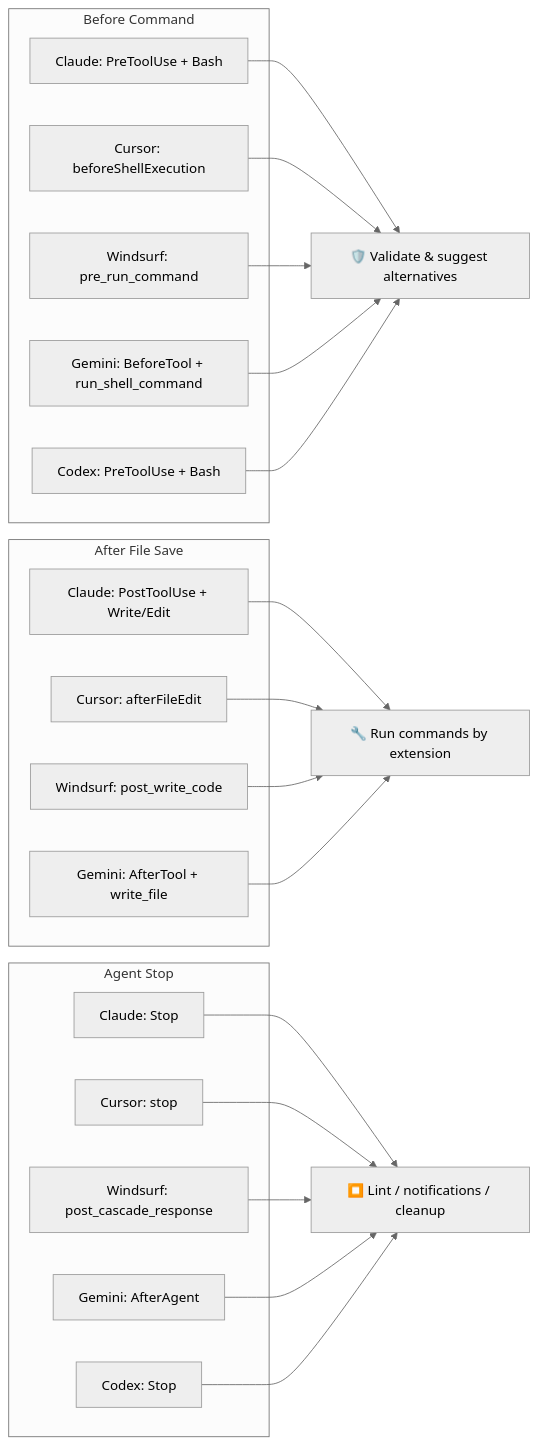
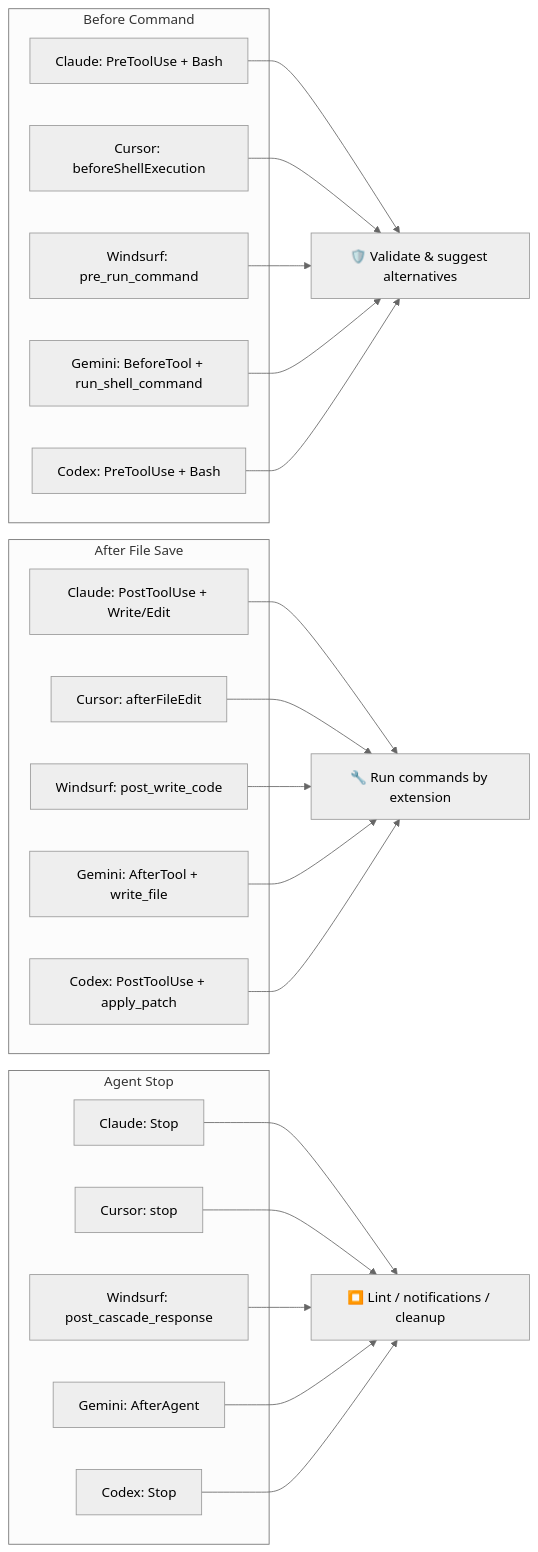
The diagram in README.md (owayo/claw-hooks), drawn with Mermaid (neutral theme) before and after one commit. The commit also changed other lines of this file and 8 other files, not shown here.

First line of the commit message:
fix: Codex apply_patch の拡張子フック対応を追加

````diff
--- a/README.md
+++ b/README.md
@@ -942,42 +969,44 @@
 ```mermaid
 graph LR
     subgraph Before Command
         CC1[Claude: PreToolUse + Bash]
         CU1[Cursor: beforeShellExecution]
         WS1[Windsurf: pre_run_command]
         GE1[Gemini: BeforeTool + run_shell_command]
         CX1[Codex: PreToolUse + Bash]
     end
     CH1[🛡️ Validate & suggest alternatives]
     CC1 --> CH1
     CU1 --> CH1
     WS1 --> CH1
     GE1 --> CH1
     CX1 --> CH1
 
     subgraph After File Save
         CC2[Claude: PostToolUse + Write/Edit]
         CU2[Cursor: afterFileEdit]
         WS2[Windsurf: post_write_code]
         GE2[Gemini: AfterTool + write_file]
+        CX2[Codex: PostToolUse + apply_patch]
     end
     CH2[🔧 Run commands by extension]
     CC2 --> CH2
     CU2 --> CH2
     WS2 --> CH2
     GE2 --> CH2
+    CX2 --> CH2
 
     subgraph Agent Stop
         CC3[Claude: Stop]
         CU3[Cursor: stop]
         WS3[Windsurf: post_cascade_response]
         GE3[Gemini: AfterAgent]
         CX3[Codex: Stop]
     end
     CH3[⏹️ Lint / notifications / cleanup]
     CC3 --> CH3
     CU3 --> CH3
     WS3 --> CH3
     GE3 --> CH3
     CX3 --> CH3
 ```
````
